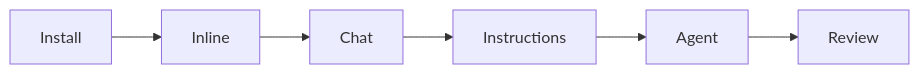
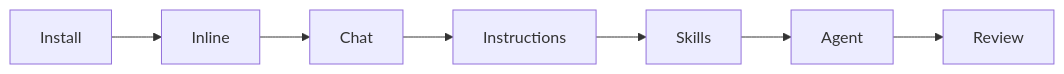
One commit to RDFormations/GH_Copilot_TS changed the first of 2 diagrams in Cours.md. Above: the diagram before and after it, drawn with Mermaid. The commit also changed other lines of this file and 13 other files, not shown here.

First line of the commit message:
fix: module 4 order (Instructions → Skills → Agent)

````diff
--- a/Cours.md
+++ b/Cours.md
@@ -37,8 +37,9 @@
 ```mermaid
 flowchart LR
- A[Install] --> B[Inline]
- B --> C[Chat]
- C --> D[Instructions]
- D --> E[Agent]
- E --> F[Review]
+    A[Install] --> B[Inline]
+    B --> C[Chat]
+    C --> D[Instructions]
+    D --> S[Skills]
+    S --> E[Agent]
+    E --> F[Review]
 ```
````
